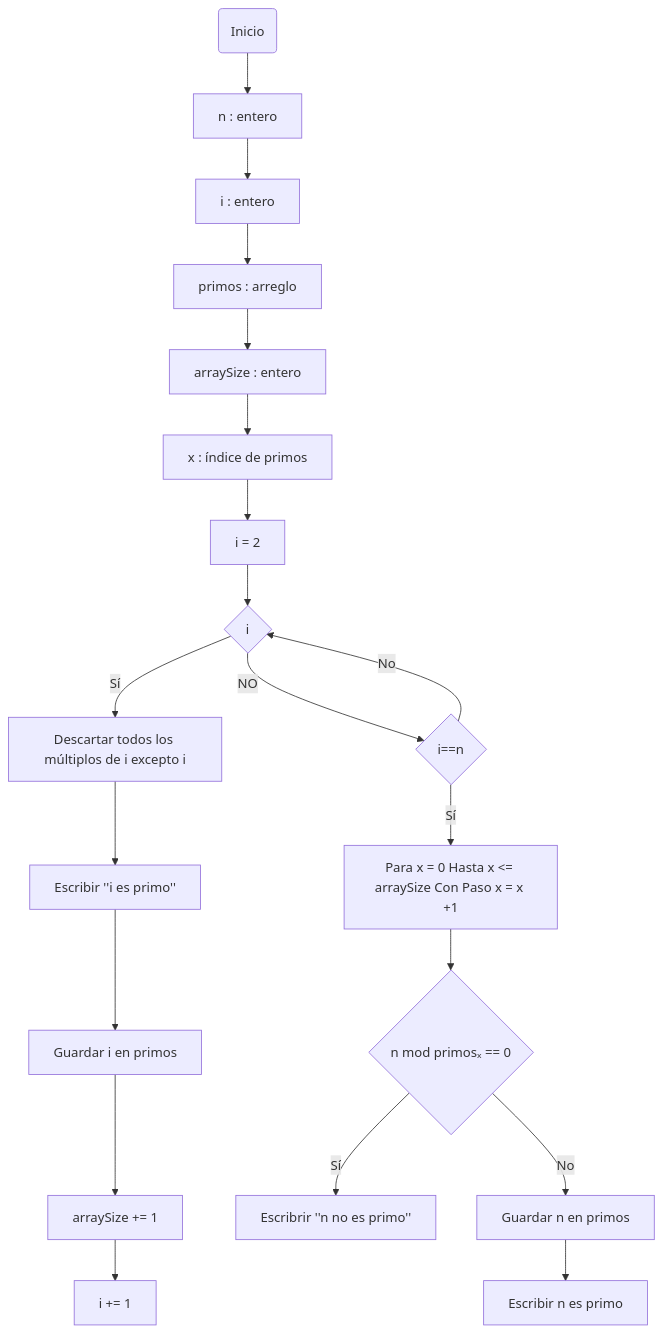
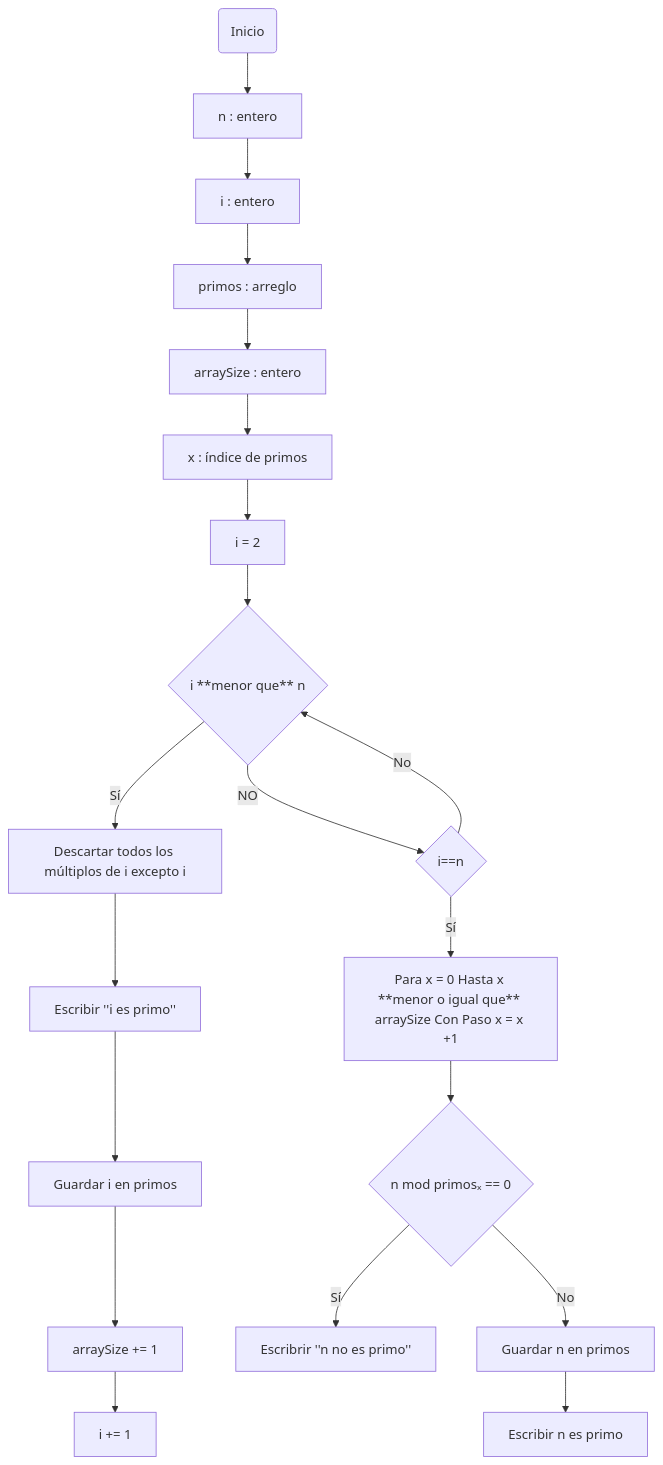
The diagram in README.md (JuanJoToAl/Reto-no.3), drawn with Mermaid before and after one commit.

````diff
--- a/README.md
+++ b/README.md
@@ -32,20 +32,20 @@
 ```mermaid
 flowchart TD;
     A(Inicio) --> B[n : entero]
     B-->C;
     C[i : entero] -->D[primos : arreglo]
     D-->E;
     E[arraySize : entero]-->F[x : índice de primos]
     F --> G;
-    G[i = 2]--> H{i<n} -- Sí --> I[Descartar todos los múltiplos de i excepto i]
+    G[i = 2]--> H{i **menor que** n} -- Sí --> I[Descartar todos los múltiplos de i excepto i]
     I-->J;
     J[Escribir ''i es primo'']-->K[Guardar i en primos]
     K-->L;
     L[arraySize += 1]-->M[i += 1]
-    H-- NO -->N{i==n}-- Sí -->O[Para x = 0 Hasta x <= arraySize Con Paso x = x +1]
+    H-- NO -->N{i==n}-- Sí -->O[Para x = 0 Hasta x **menor o igual que** arraySize Con Paso x = x +1]
     N-- No -->H;
     O -->P{n mod primosₓ == 0}-- Sí -->Q[Escribrir ''n no es primo'']
     P-- No -->R[Guardar n en primos]
     R-->S;
     S[Escribir n es primo]
 ```
````
